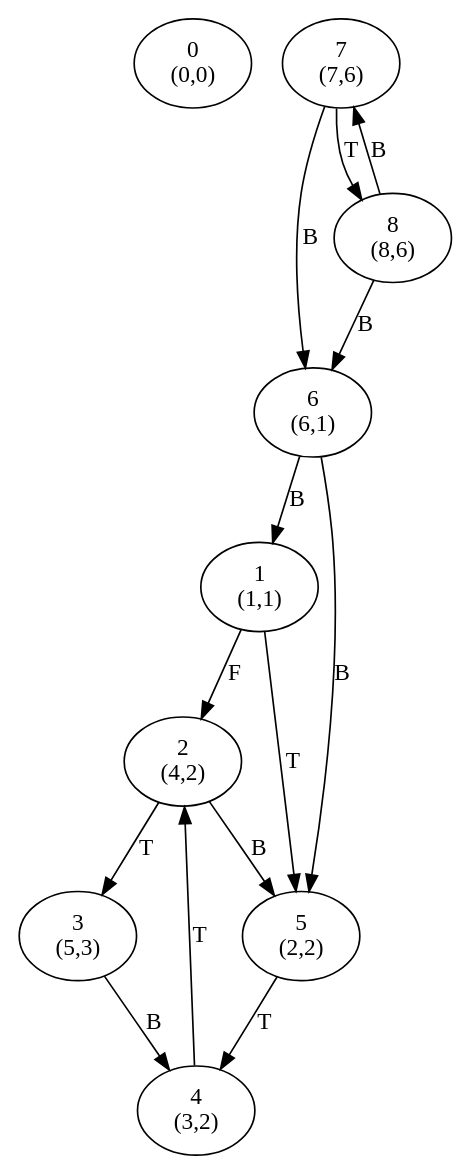
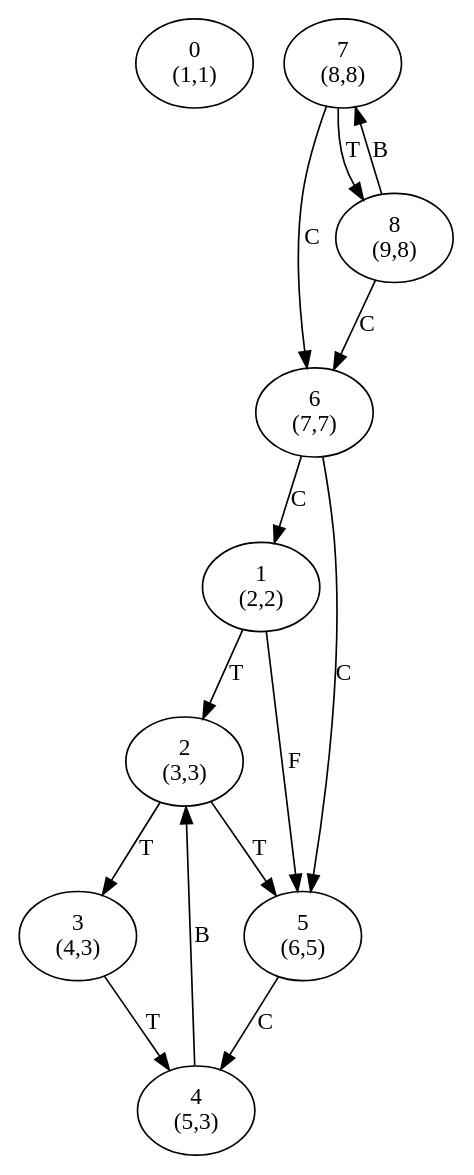
Before and after one commit to kaushalmistry/DSLabAssignments: the diagram in Assignment_9/dfs_mediumDG.dot, drawn with Graphviz. The commit also changed 18 other files, not shown here.

```diff
--- a/Assignment_9/dfs_mediumDG.dot
+++ b/Assignment_9/dfs_mediumDG.dot
@@ -1,24 +1,24 @@
 digraph g{
-0 [label = "0 \n(0,0)"]
-1 [label = "1 \n(1,1)"]
-1 -> 2 [label = "F"]
-1 -> 5 [label = "T"]
-2 [label = "2 \n(4,2)"]
+0 [label = "0 \n(1,1)"]
+1 [label = "1 \n(2,2)"]
+1 -> 2 [label = "T"]
+1 -> 5 [label = "F"]
+2 [label = "2 \n(3,3)"]
 2 -> 3 [label = "T"]
-2 -> 5 [label = "B"]
-3 [label = "3 \n(5,3)"]
-3 -> 4 [label = "B"]
-4 [label = "4 \n(3,2)"]
-4 -> 2 [label = "T"]
-5 [label = "5 \n(2,2)"]
-5 -> 4 [label = "T"]
-6 [label = "6 \n(6,1)"]
-6 -> 1 [label = "B"]
-6 -> 5 [label = "B"]
-7 [label = "7 \n(7,6)"]
-7 -> 6 [label = "B"]
+2 -> 5 [label = "T"]
+3 [label = "3 \n(4,3)"]
+3 -> 4 [label = "T"]
+4 [label = "4 \n(5,3)"]
+4 -> 2 [label = "B"]
+5 [label = "5 \n(6,5)"]
+5 -> 4 [label = "C"]
+6 [label = "6 \n(7,7)"]
+6 -> 1 [label = "C"]
+6 -> 5 [label = "C"]
+7 [label = "7 \n(8,8)"]
+7 -> 6 [label = "C"]
 7 -> 8 [label = "T"]
-8 [label = "8 \n(8,6)"]
-8 -> 6 [label = "B"]
+8 [label = "8 \n(9,8)"]
+8 -> 6 [label = "C"]
 8 -> 7 [label = "B"]
 }
```
